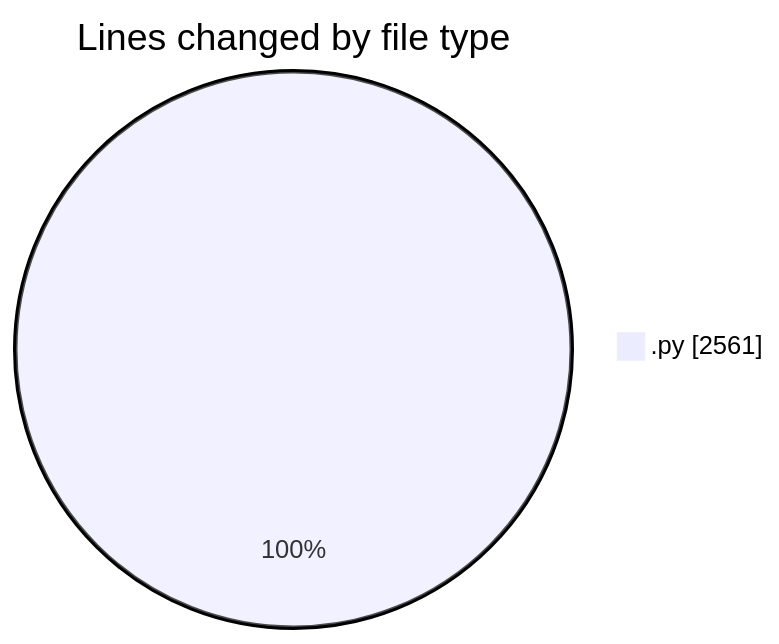
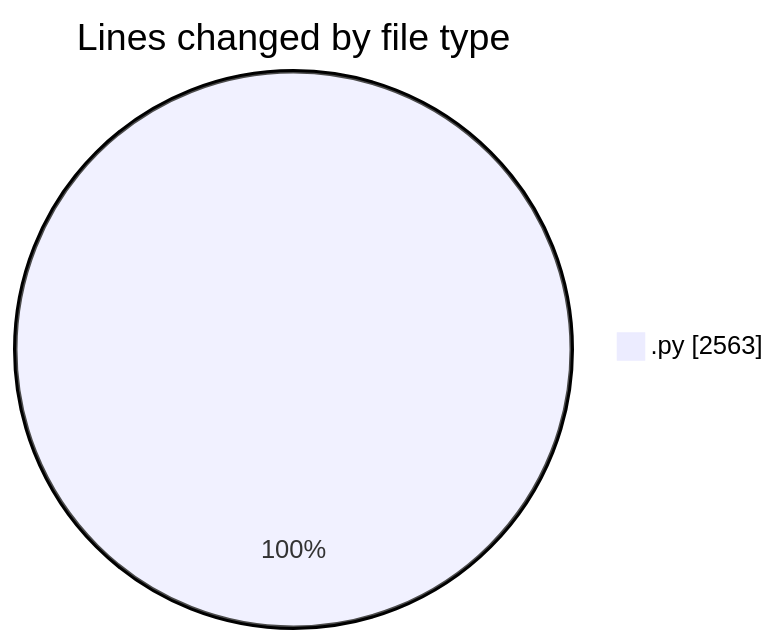
The first of 2 diagrams in 2026-01-11/dsa/README.md (Ritupan-Deka/code-tracking), drawn with Mermaid before and after one commit. The commit also changed other lines of this file and 1 other file, not shown here.

````diff
--- a/2026-01-11/dsa/README.md
+++ b/2026-01-11/dsa/README.md
@@ -21,5 +21,5 @@
 ```mermaid
 pie showData
 title Lines changed by file type
-".py" : 2561
+".py" : 2563
 ```
````
